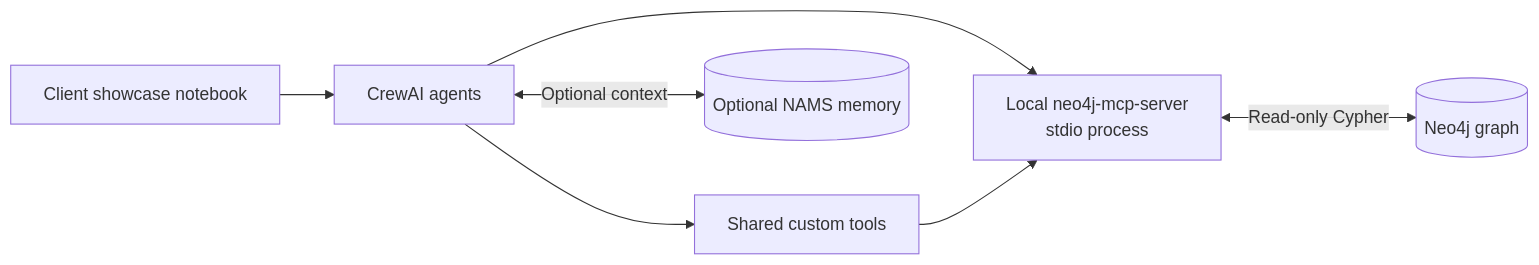
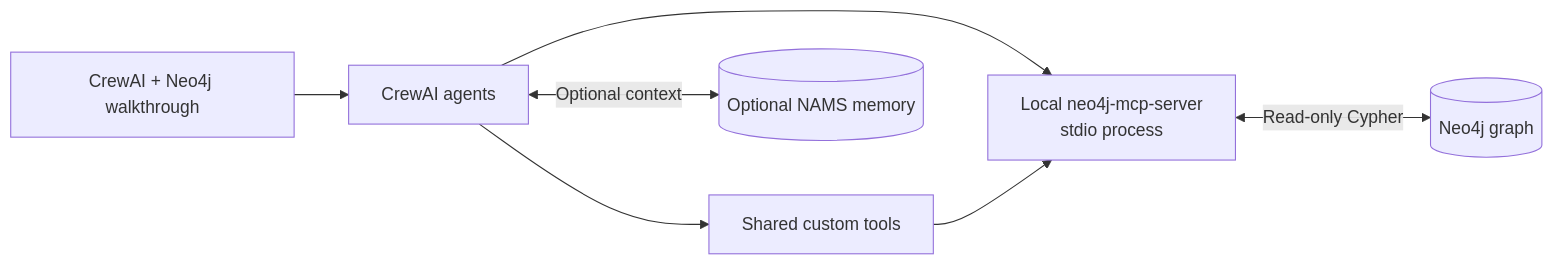
One commit to neo4j-labs/neo4j-agent-integrations changed the diagram in crewai/README.md. Above: the diagram before and after it, drawn with Mermaid. The commit also changed other lines of this file and 1 other file, not shown here.

First line of the commit message:
crewai: remove client terminology from walkthrough

````diff
--- a/crewai/README.md
+++ b/crewai/README.md
@@ -22,16 +22,16 @@
 ```mermaid
 flowchart LR
-    Notebook["Client showcase notebook"]
+    Notebook["CrewAI + Neo4j walkthrough"]
     CrewAI["CrewAI agents"]
     MCP["Local neo4j-mcp-server\nstdio process"]
     Custom["Shared custom tools"]
     Neo4j[("Neo4j graph")]
     NAMS[("Optional NAMS memory")]
 
     Notebook --> CrewAI
     CrewAI --> MCP
     CrewAI --> Custom
     MCP <-->|Read-only Cypher| Neo4j
     Custom --> MCP
     CrewAI <-->|Optional context| NAMS
 ```
````
